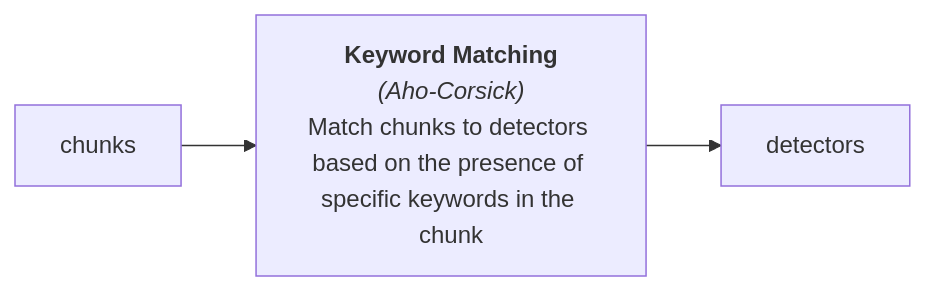
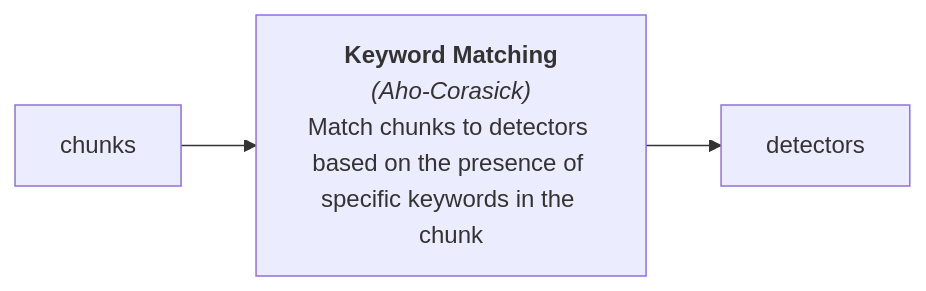
One commit to trufflesecurity/trufflehog changed the third of 5 diagrams in docs/process_flow.md. Above: the diagram before and after it, drawn with Mermaid. The commit also changed other lines of this file, not shown here.

Commit message:
docs: fix typos

````diff
--- a/docs/process_flow.md
+++ b/docs/process_flow.md
@@ -76,11 +76,11 @@
 ```mermaid
 flowchart LR
 
 
     KeywordMatching["`**Keyword Matching**
-_(Aho-Corsick)_
+_(Aho-Corasick)_
 
 Match chunks to detectors based on the presence of specific keywords in the chunk`"]
     
     chunks --> KeywordMatching --> detectors
 ```
````
